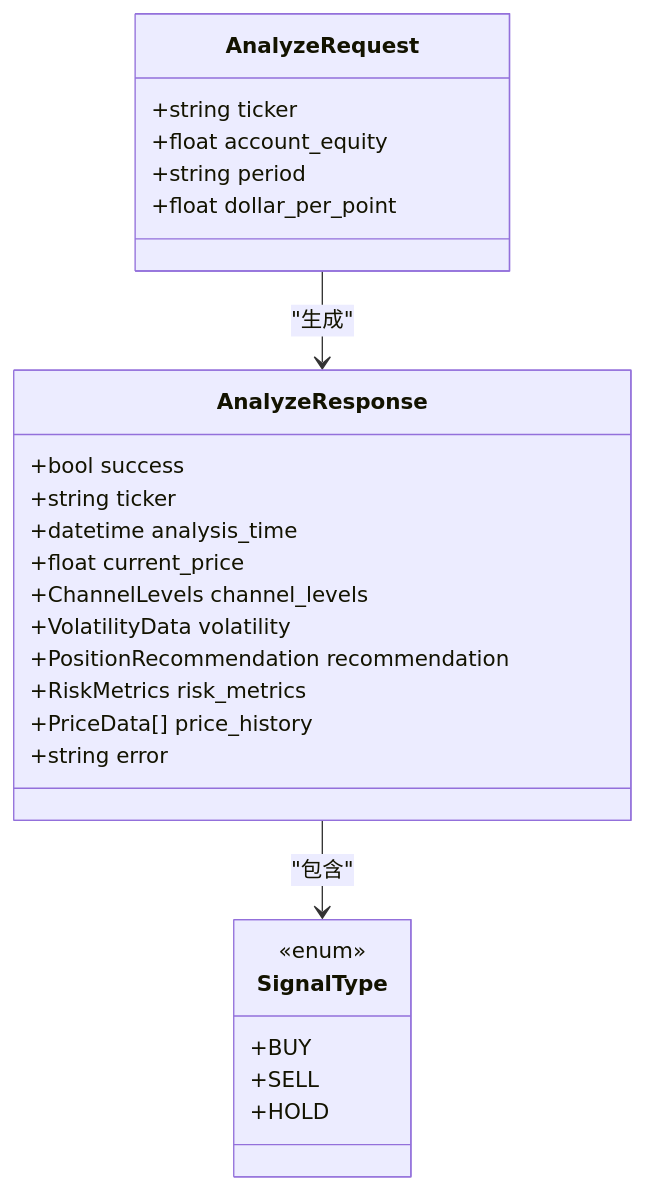
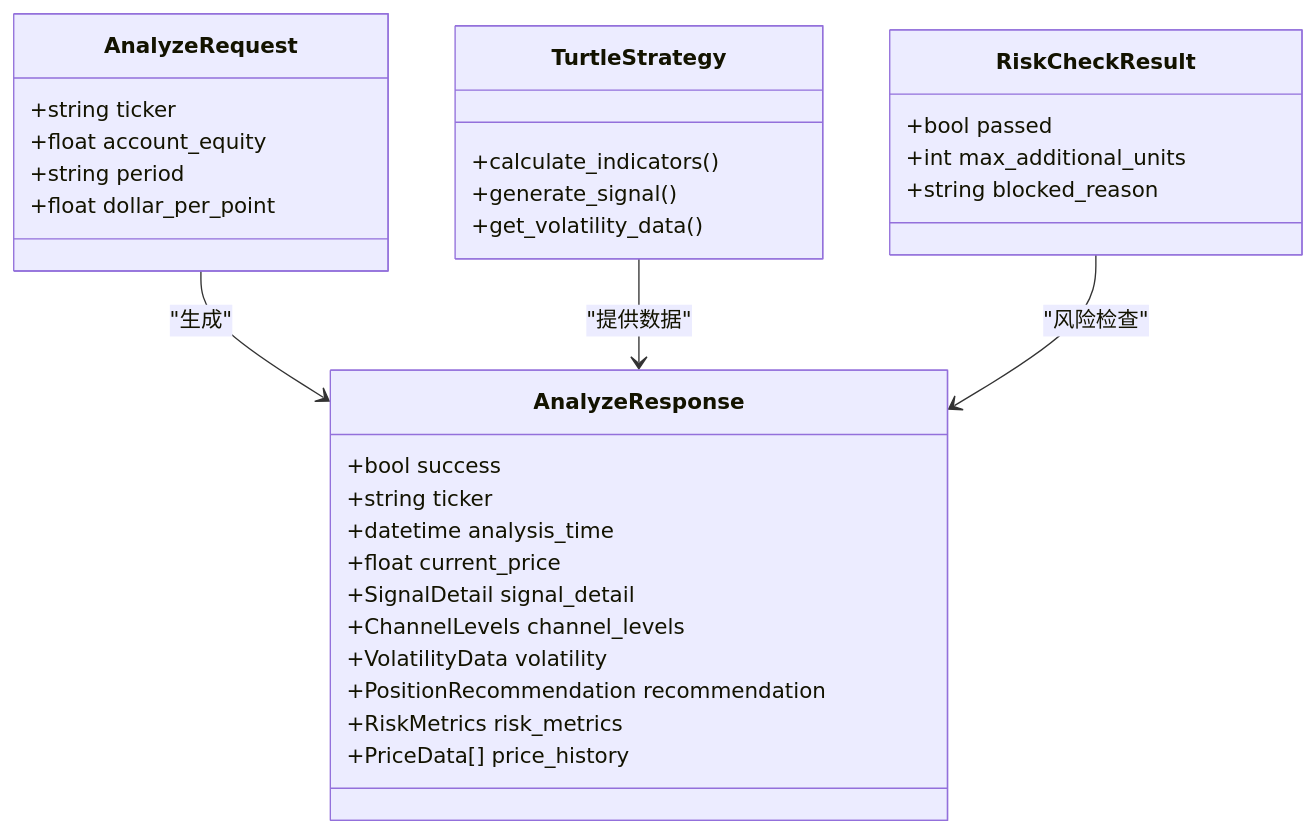
One commit to raymodny-ai/The-Modern-Turtle-Protocol changed the sixth of 7 diagrams in .qoder/repowiki/zh/content/核心功能模块/策略计算模块.md. Above: the diagram before and after it, drawn with Mermaid. The commit also changed other lines of this file and 15 other files, not shown here.

````diff
--- a/.qoder/repowiki/zh/content/核心功能模块/策略计算模块.md
+++ b/.qoder/repowiki/zh/content/核心功能模块/策略计算模块.md
@@ -250,29 +285,34 @@
 ```mermaid
 classDiagram
 class AnalyzeRequest {
 +string ticker
 +float account_equity
 +string period
 +float dollar_per_point
 }
 class AnalyzeResponse {
 +bool success
 +string ticker
 +datetime analysis_time
 +float current_price
++SignalDetail signal_detail
 +ChannelLevels channel_levels
 +VolatilityData volatility
 +PositionRecommendation recommendation
 +RiskMetrics risk_metrics
 +PriceData[] price_history
-+string error
 }
-class SignalType {
-<<enum>>
-+BUY
-+SELL
-+HOLD
+class TurtleStrategy {
++calculate_indicators()
++generate_signal()
++get_volatility_data()
+}
+class RiskCheckResult {
++bool passed
++int max_additional_units
++string blocked_reason
 }
 AnalyzeRequest --> AnalyzeResponse : "生成"
-AnalyzeResponse --> SignalType : "包含"
+TurtleStrategy --> AnalyzeResponse : "提供数据"
+RiskCheckResult --> AnalyzeResponse : "风险检查"
 ```
````
